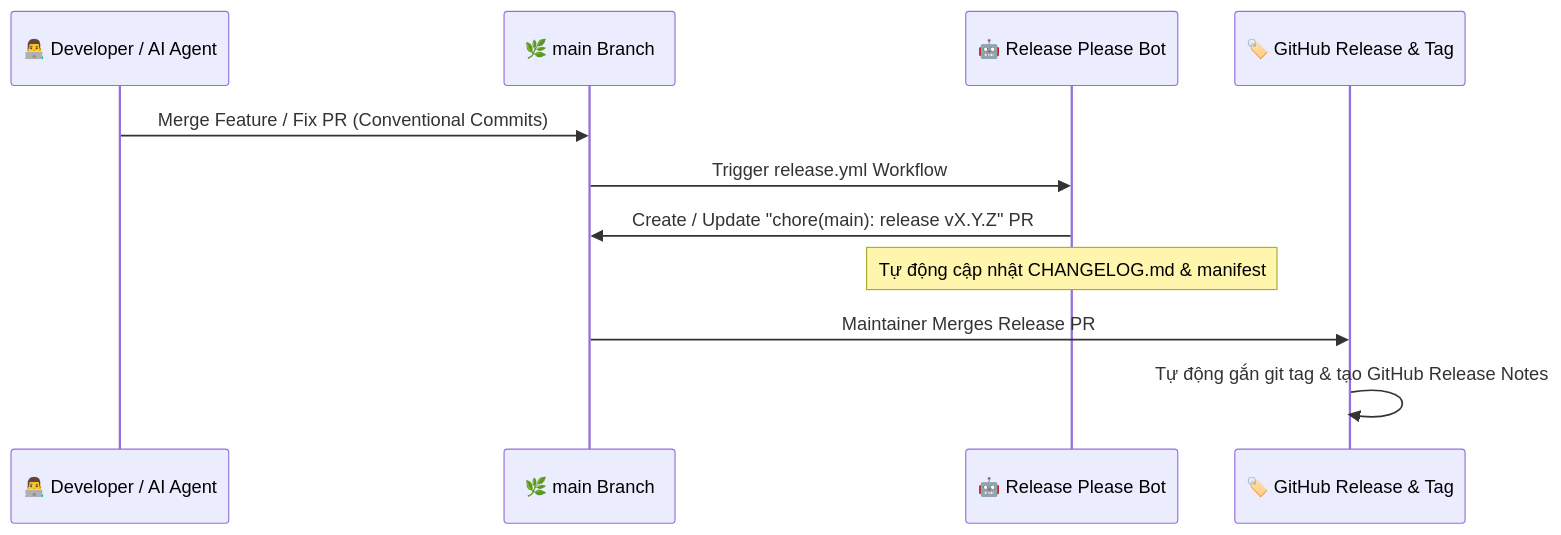
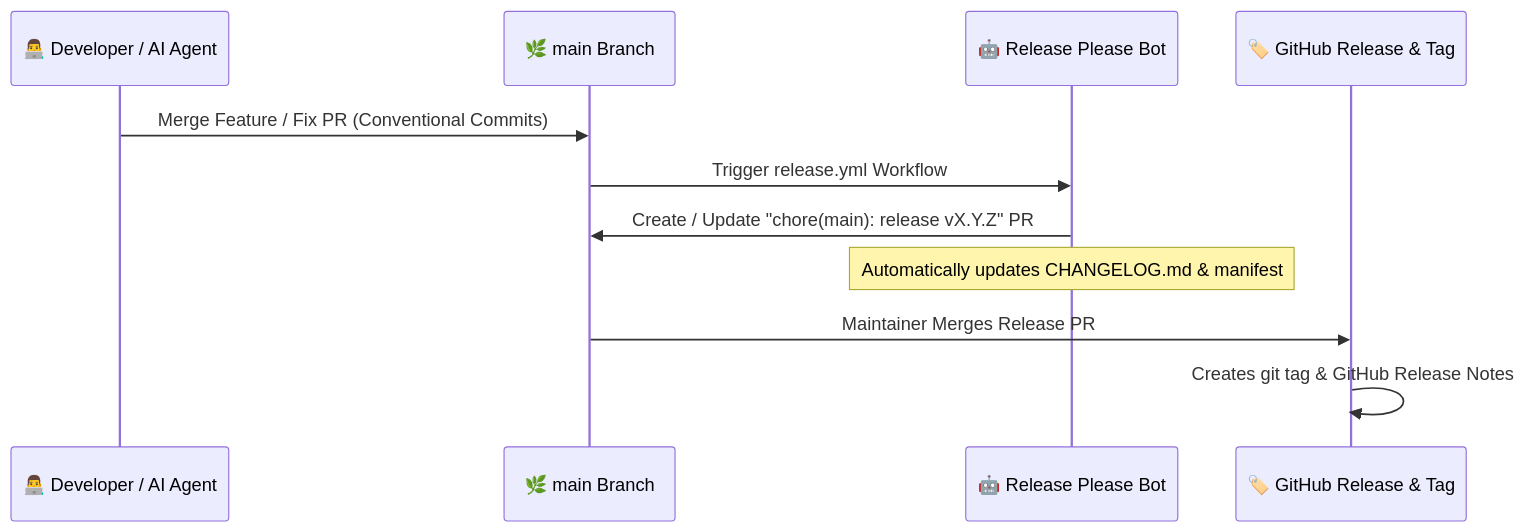
One commit to nguyenduydan/security-sast-guard-plugin changed the third of 3 diagrams in docs/wiki/CI-CD-and-Quality-Gates.md. Above: the diagram before and after it, drawn with Mermaid. The commit also changed other lines of this file and 6 other files, not shown here.

````diff
--- a/docs/wiki/CI-CD-and-Quality-Gates.md
+++ b/docs/wiki/CI-CD-and-Quality-Gates.md
@@ -134,14 +134,14 @@
 ```mermaid
 sequenceDiagram
     participant Dev as 👨‍💻 Developer / AI Agent
     participant Main as 🌿 main Branch
     participant Bot as 🤖 Release Please Bot
     participant Rel as 🏷️ GitHub Release & Tag
 
     Dev->>Main: Merge Feature / Fix PR (Conventional Commits)
     Main->>Bot: Trigger release.yml Workflow
     Bot->>Main: Create / Update "chore(main): release vX.Y.Z" PR
-    Note over Bot: Tự động cập nhật CHANGELOG.md & manifest
+    Note over Bot: Automatically updates CHANGELOG.md & manifest
     Main->>Rel: Maintainer Merges Release PR
-    Rel->>Rel: Tự động gắn git tag & tạo GitHub Release Notes
+    Rel->>Rel: Creates git tag & GitHub Release Notes
 ```
````
